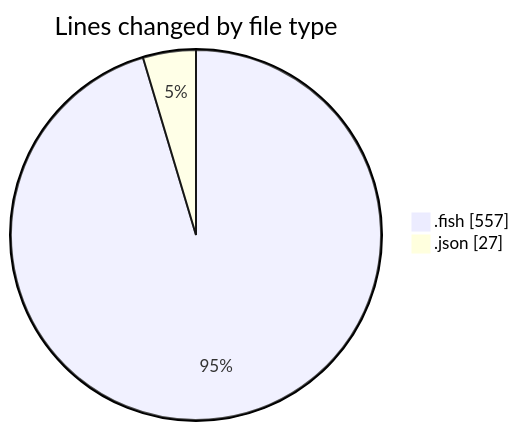
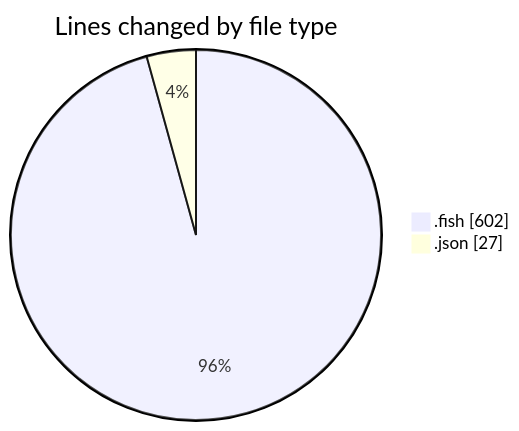
Before and after one commit to EIIisD/code-tracking: the first of 2 diagrams in 2025-08-03/fish/README.md, drawn with Mermaid. The commit also changed other lines of this file and 1 other file, not shown here.

````diff
--- a/2025-08-03/fish/README.md
+++ b/2025-08-03/fish/README.md
@@ -23,6 +24,6 @@
 ```mermaid
 pie showData
 title Lines changed by file type
-".fish" : 557
+".fish" : 602
 ".json" : 27
 ```
````
